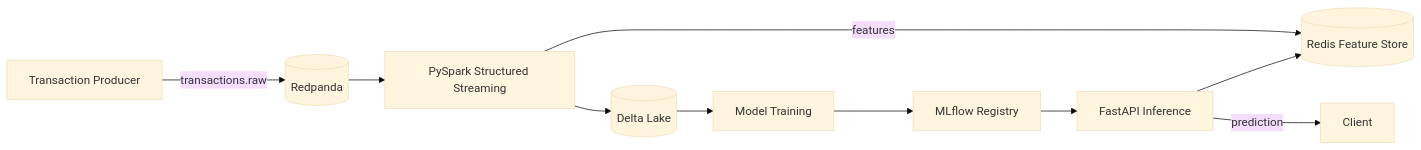
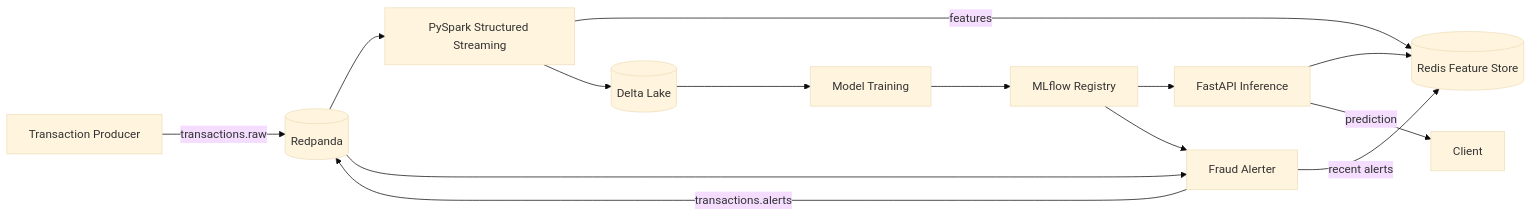
Before and after one commit to kra0s22/realtime-fraud-detection-pipeline: the diagram in README.md, drawn with Mermaid (base theme). The commit also changed other lines of this file and 16 other files, not shown here.

Commit message:
feat(alerter): realtime fraud alerting on the event stream

````diff
--- a/README.md
+++ b/README.md
@@ -9,12 +9,16 @@
 ```mermaid
 flowchart LR
     P[Transaction Producer] -->|transactions.raw| RP[(Redpanda)]
     RP --> SS[PySpark Structured Streaming]
+    RP --> AL[Fraud Alerter]
     SS -->|features| RD[(Redis Feature Store)]
     SS --> DL[(Delta Lake)]
     DL --> TR[Model Training]
     TR --> MLF[MLflow Registry]
     MLF --> API[FastAPI Inference]
+    MLF --> AL
+    AL -->|transactions.alerts| RP
+    AL -->|recent alerts| RD
     API --> RD
     API -->|prediction| CL[Client]
 ```
````
